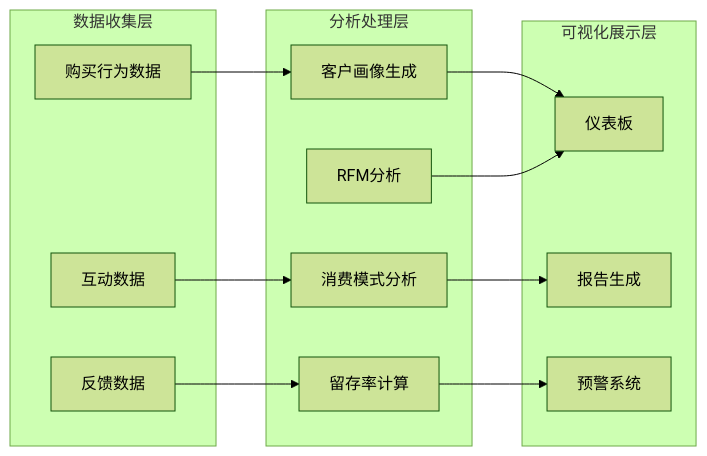
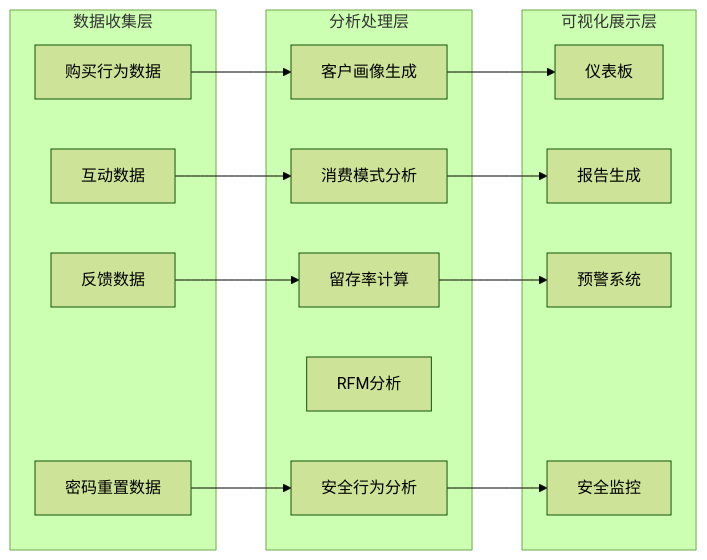
One commit to three3638-arch/celestia_2b changed the seventh of 11 diagrams in .qoder/repowiki/zh/content/管理后台系统/客户管理系统.md. Above: the diagram before and after it, drawn with Mermaid (forest theme). The commit also changed other lines of this file and 8 other files, not shown here.

````diff
--- a/.qoder/repowiki/zh/content/管理后台系统/客户管理系统.md
+++ b/.qoder/repowiki/zh/content/管理后台系统/客户管理系统.md
@@ -275,26 +358,30 @@
 ```mermaid
 graph LR
 subgraph "数据收集层"
 A[购买行为数据]
 B[互动数据]
 C[反馈数据]
+D[密码重置数据]
 end
 subgraph "分析处理层"
-D[客户画像生成]
-E[消费模式分析]
-F[留存率计算]
-G[RFM分析]
+E[客户画像生成]
+F[消费模式分析]
+G[留存率计算]
+H[RFM分析]
+I[安全行为分析]
 end
 subgraph "可视化展示层"
-H[仪表板]
-I[报告生成]
-J[预警系统]
+J[仪表板]
+K[报告生成]
+L[预警系统]
+M[安全监控]
 end
-A --> D
-B --> E
-C --> F
-D --> H
-E --> I
-F --> J
-G --> H
+A --> E
+B --> F
+C --> G
+D --> I
+E --> J
+F --> K
+G --> L
+I --> M
 ```
````
